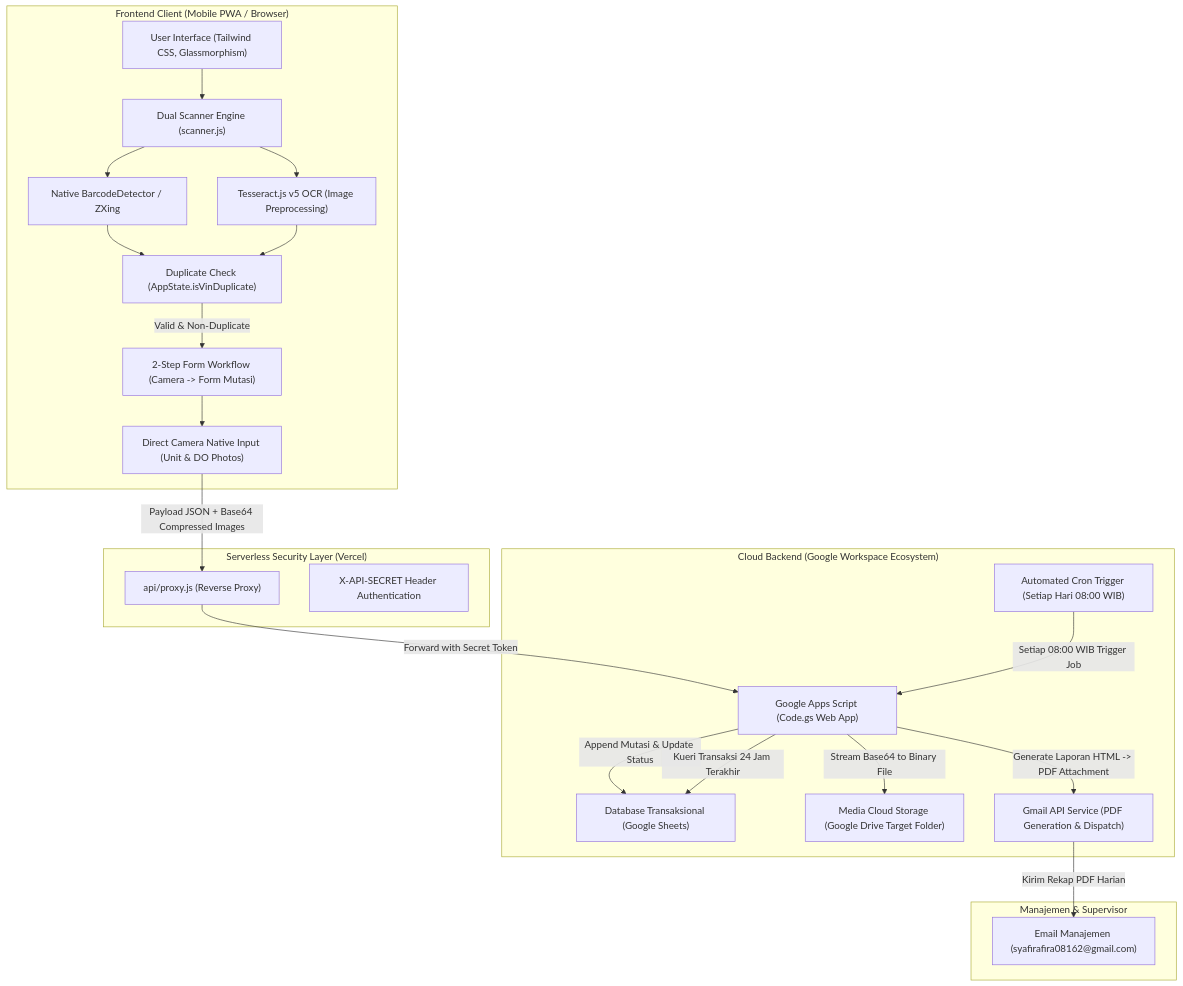
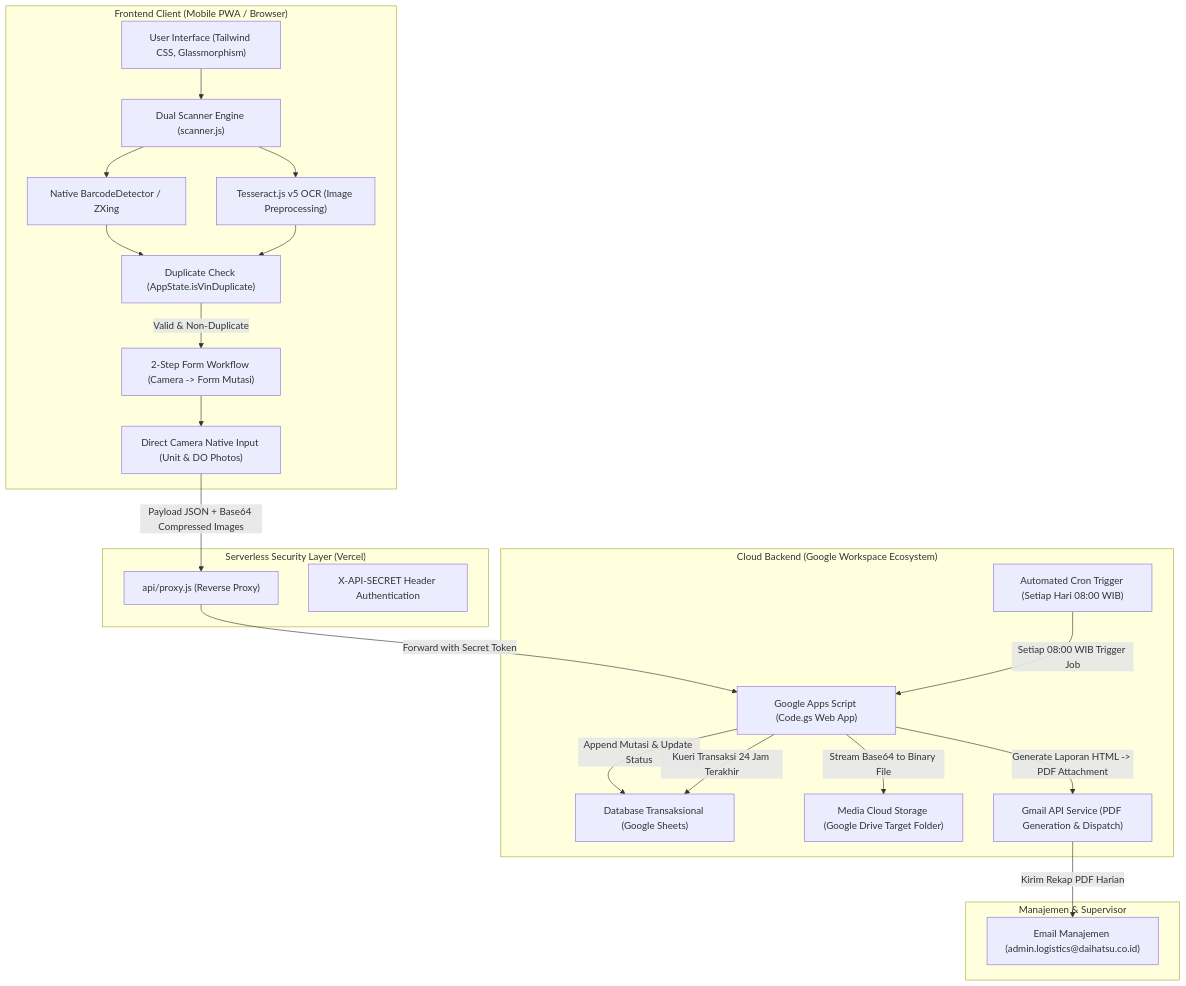
The first of 2 diagrams in PRD.md (miyuraa1001/Management-StockYard), drawn with Mermaid before and after one commit. The commit also changed other lines of this file and 3 other files, not shown here.

````diff
--- a/PRD.md
+++ b/PRD.md
@@ -38,45 +38,45 @@
 ```mermaid
 flowchart TD
     subgraph Client["Frontend Client (Mobile PWA / Browser)"]
         UI["User Interface (Tailwind CSS, Glassmorphism)"]
         Scanner["Dual Scanner Engine (scanner.js)"]
         BarcodeEngine["Native BarcodeDetector / ZXing"]
         OCREngine["Tesseract.js v5 OCR (Image Preprocessing)"]
         DupeValidator["Duplicate Check (AppState.isVinDuplicate)"]
         FormStep["2-Step Form Workflow (Camera -> Form Mutasi)"]
         CameraUpload["Direct Camera Native Input (Unit & DO Photos)"]
     end
 
     subgraph Proxy["Serverless Security Layer (Vercel)"]
         VercelFn["api/proxy.js (Reverse Proxy)"]
         SecretHeader["X-API-SECRET Header Authentication"]
     end
 
     subgraph CloudBackend["Cloud Backend (Google Workspace Ecosystem)"]
         GAS["Google Apps Script (Code.gs Web App)"]
         GSheet["Database Transaksional (Google Sheets)"]
         GDrive["Media Cloud Storage (Google Drive Target Folder)"]
         CronTrigger["Automated Cron Trigger (Setiap Hari 08:00 WIB)"]
         GmailService["Gmail API Service (PDF Generation & Dispatch)"]
     end
 
     subgraph Stakeholders["Manajemen & Supervisor"]
-        EmailRecipient["Email Manajemen (syafirafira08162@gmail.com)"]
+        EmailRecipient["Email Manajemen (admin.logistics@daihatsu.co.id)"]
     end
 
     UI --> Scanner
     Scanner --> BarcodeEngine
     Scanner --> OCREngine
     BarcodeEngine --> DupeValidator
     OCREngine --> DupeValidator
     DupeValidator -->|Valid & Non-Duplicate| FormStep
     FormStep --> CameraUpload
     CameraUpload -->|Payload JSON + Base64 Compressed Images| VercelFn
     VercelFn -->|Forward with Secret Token| GAS
     GAS -->|Append Mutasi & Update Status| GSheet
     GAS -->|Stream Base64 to Binary File| GDrive
     CronTrigger -->|Setiap 08:00 WIB Trigger Job| GAS
     GAS -->|Kueri Transaksi 24 Jam Terakhir| GSheet
     GAS -->|Generate Laporan HTML -> PDF Attachment| GmailService
     GmailService -->|Kirim Rekap PDF Harian| EmailRecipient
 ```
````
